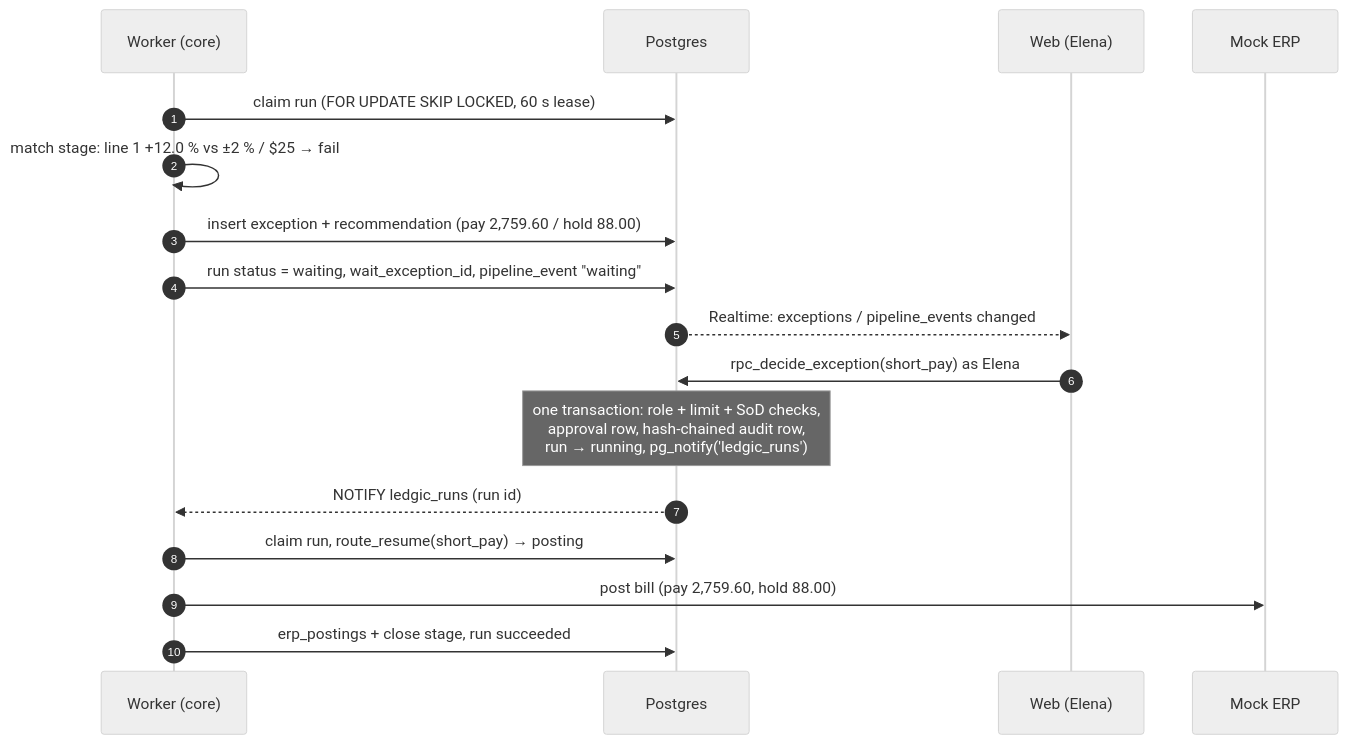
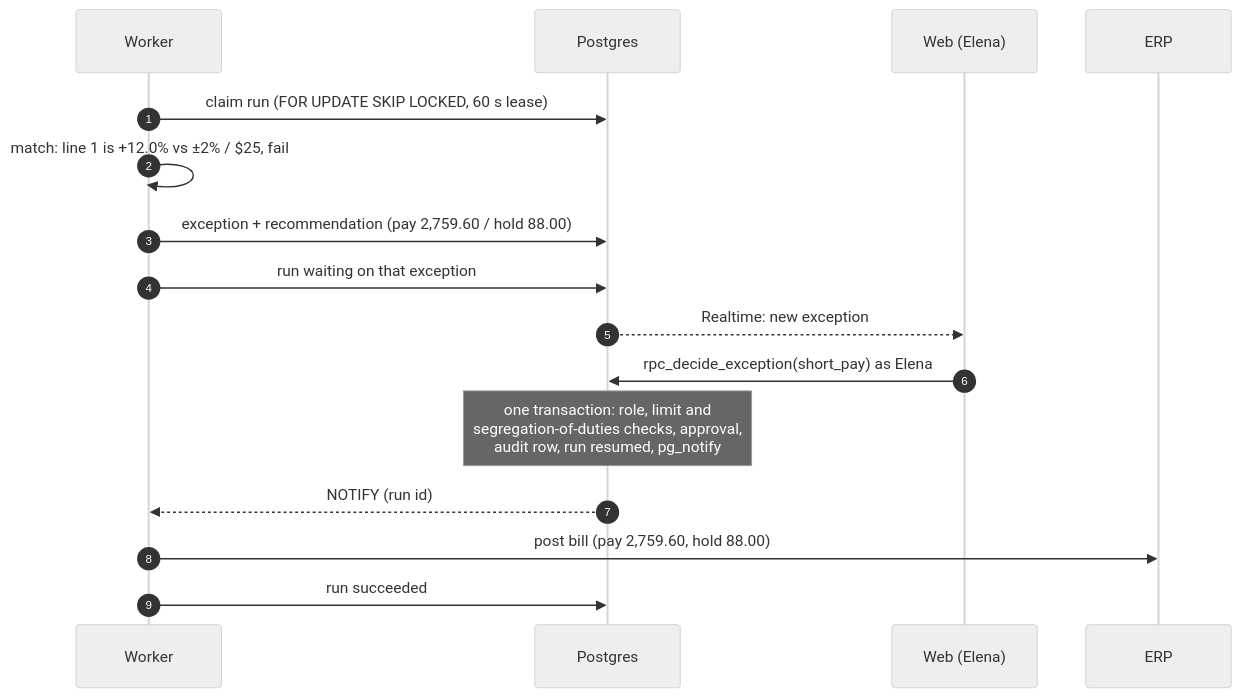
One commit to alihdrndm/ledgic changed the second of 2 diagrams in README.md. Above: the diagram before and after it, drawn with Mermaid (neutral theme). The commit also changed other lines of this file and 2 other files, not shown here.

````diff
--- a/README.md
+++ b/README.md
@@ -173,19 +177,18 @@
 ```mermaid
 sequenceDiagram
   autonumber
-  participant W as Worker (core)
+  participant W as Worker
   participant DB as Postgres
   participant UI as Web (Elena)
-  participant ERP as Mock ERP
+  participant ERP as ERP
   W->>DB: claim run (FOR UPDATE SKIP LOCKED, 60 s lease)
-  W->>W: match stage: line 1 +12.0 % vs ±2 % / $25 → fail
-  W->>DB: insert exception + recommendation (pay 2,759.60 / hold 88.00)
-  W->>DB: run status = waiting, wait_exception_id, pipeline_event "waiting"
-  DB-->>UI: Realtime: exceptions / pipeline_events changed
+  W->>W: match: line 1 is +12.0% vs ±2% / $25, fail
+  W->>DB: exception + recommendation (pay 2,759.60 / hold 88.00)
+  W->>DB: run waiting on that exception
+  DB-->>UI: Realtime: new exception
   UI->>DB: rpc_decide_exception(short_pay) as Elena
-  Note over DB: one transaction: role + limit + SoD checks,<br/>approval row, hash-chained audit row,<br/>run → running, pg_notify('ledgic_runs')
-  DB-->>W: NOTIFY ledgic_runs (run id)
-  W->>DB: claim run, route_resume(short_pay) → posting
+  Note over DB: one transaction: role, limit and<br/>segregation-of-duties checks, approval,<br/>audit row, run resumed, pg_notify
+  DB-->>W: NOTIFY (run id)
   W->>ERP: post bill (pay 2,759.60, hold 88.00)
-  W->>DB: erp_postings + close stage, run succeeded
+  W->>DB: run succeeded
 ```
````
